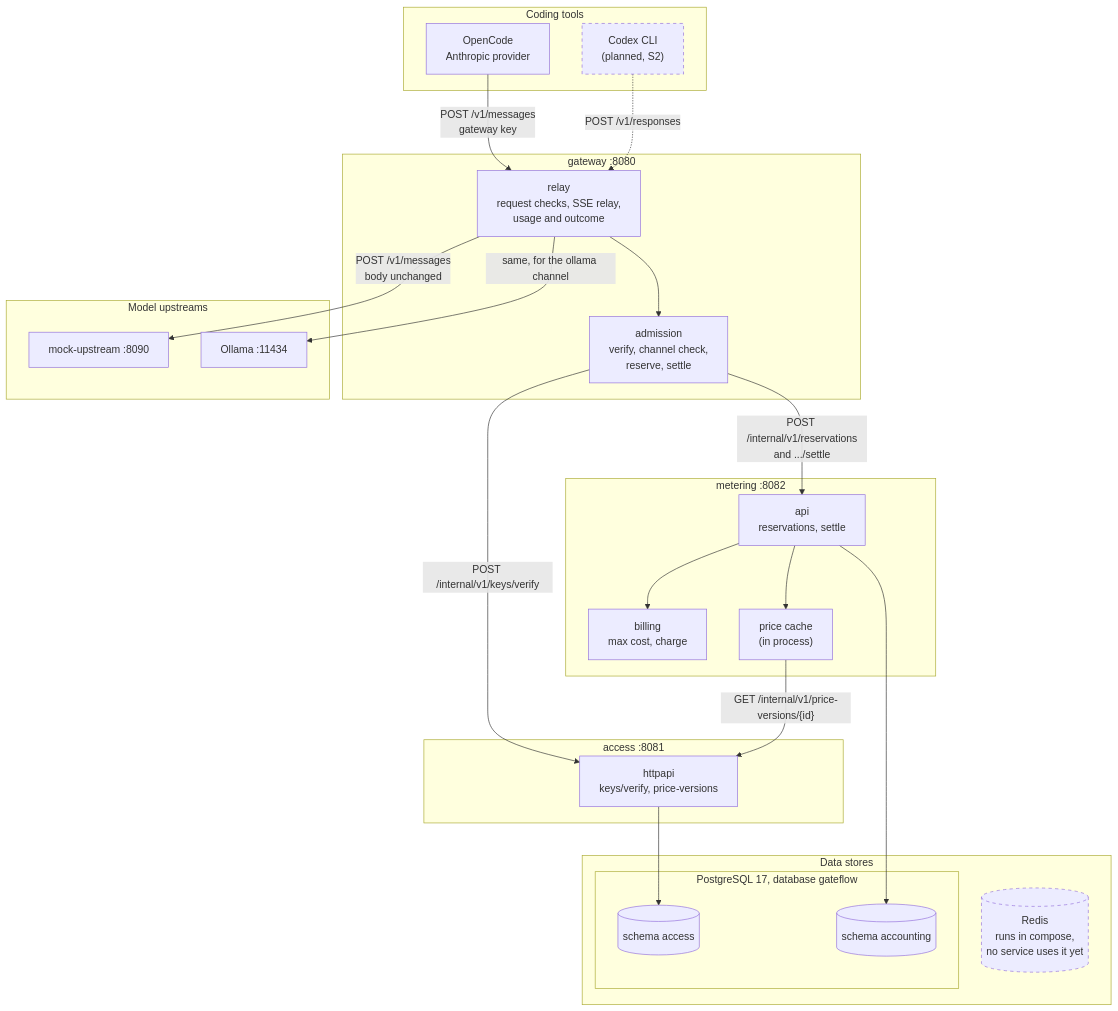
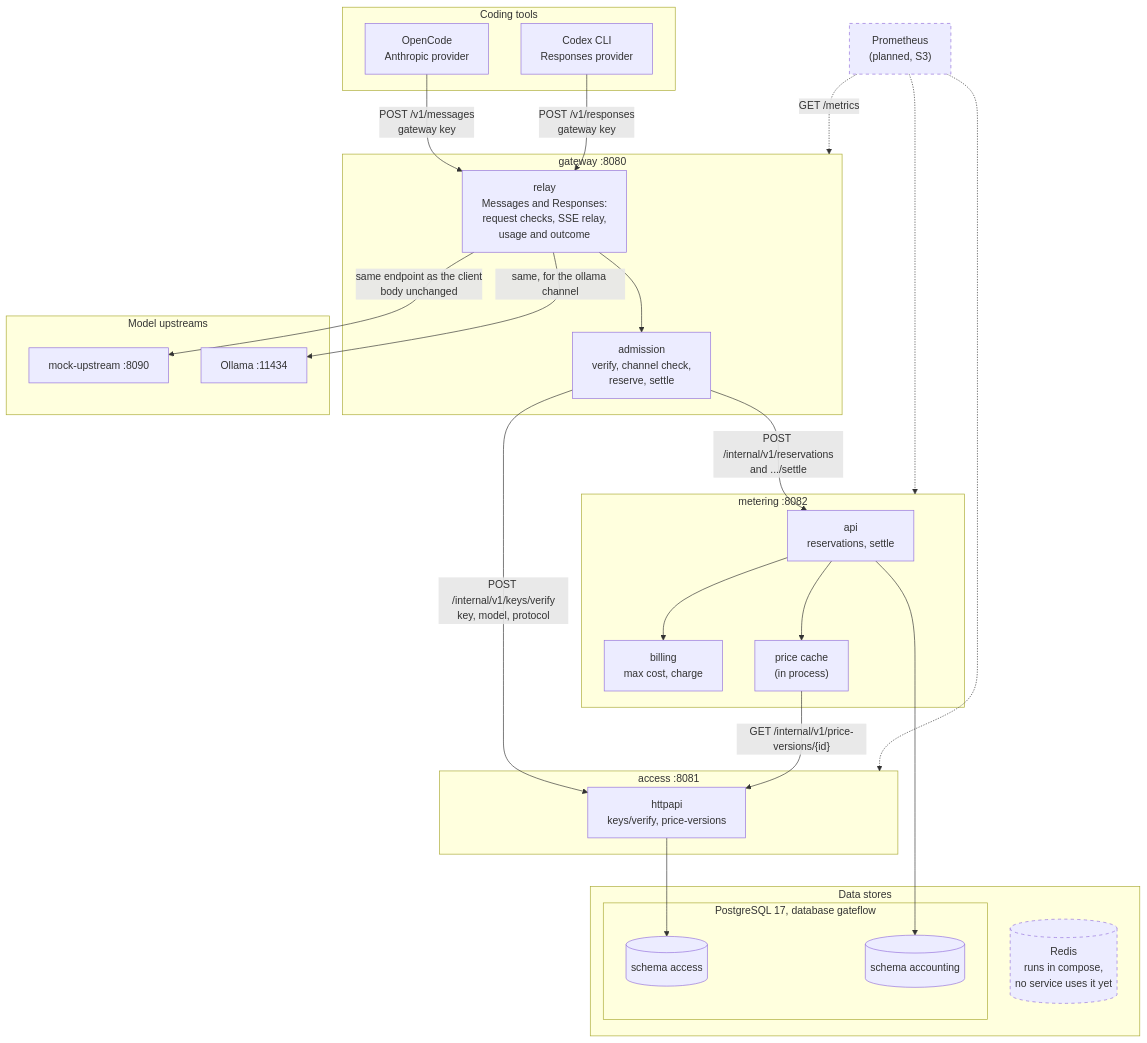
Before and after one commit to bibi45c/gateflow: the first of 8 diagrams in docs/diagrams/as-built.md, drawn with Mermaid. The commit also changed other lines of this file, not shown here.

````diff
--- a/docs/diagrams/as-built.md
+++ b/docs/diagrams/as-built.md
@@ -35,51 +38,56 @@
 ```mermaid
 flowchart TB
   subgraph clients["Coding tools"]
     OC["OpenCode<br/>Anthropic provider"]
-    CX["Codex CLI<br/>(planned, S2)"]
+    CX["Codex CLI<br/>Responses provider"]
   end
 
   subgraph gw["gateway :8080"]
-    RL["relay<br/>request checks, SSE relay,<br/>usage and outcome"]
+    RL["relay<br/>Messages and Responses:<br/>request checks, SSE relay,<br/>usage and outcome"]
     AD["admission<br/>verify, channel check,<br/>reserve, settle"]
     RL --> AD
   end
 
   subgraph ac["access :8081"]
     AAPI["httpapi<br/>keys/verify, price-versions"]
   end
 
   subgraph me["metering :8082"]
     MAPI["api<br/>reservations, settle"]
     BL["billing<br/>max cost, charge"]
     PC["price cache<br/>(in process)"]
     MAPI --> BL
     MAPI --> PC
   end
 
   subgraph up["Model upstreams"]
     MU["mock-upstream :8090"]
     OL["Ollama :11434"]
   end
 
   subgraph stores["Data stores"]
     subgraph db["PostgreSQL 17, database gateflow"]
       SA[("schema access")]
       SC[("schema accounting")]
     end
     RD[("Redis<br/>runs in compose,<br/>no service uses it yet")]
   end
 
   OC -->|"POST /v1/messages<br/>gateway key"| RL
-  CX -.->|"POST /v1/responses"| RL
-  AD -->|"POST /internal/v1/keys/verify"| AAPI
+  CX -->|"POST /v1/responses<br/>gateway key"| RL
+  AD -->|"POST /internal/v1/keys/verify<br/>key, model, protocol"| AAPI
   AD -->|"POST /internal/v1/reservations<br/>and .../settle"| MAPI
   PC -->|"GET /internal/v1/price-versions/{id}"| AAPI
-  RL -->|"POST /v1/messages<br/>body unchanged"| MU
+  RL -->|"same endpoint as the client<br/>body unchanged"| MU
   RL -->|"same, for the ollama channel"| OL
   AAPI --> SA
   MAPI --> SC
 
+  PR["Prometheus<br/>(planned, S3)"]
+  PR -.->|"GET /metrics"| gw
+  PR -.-> ac
+  PR -.-> me
+
   classDef planned stroke-dasharray:5 5
-  class CX,RD planned
+  class RD,PR planned
 ```
````
